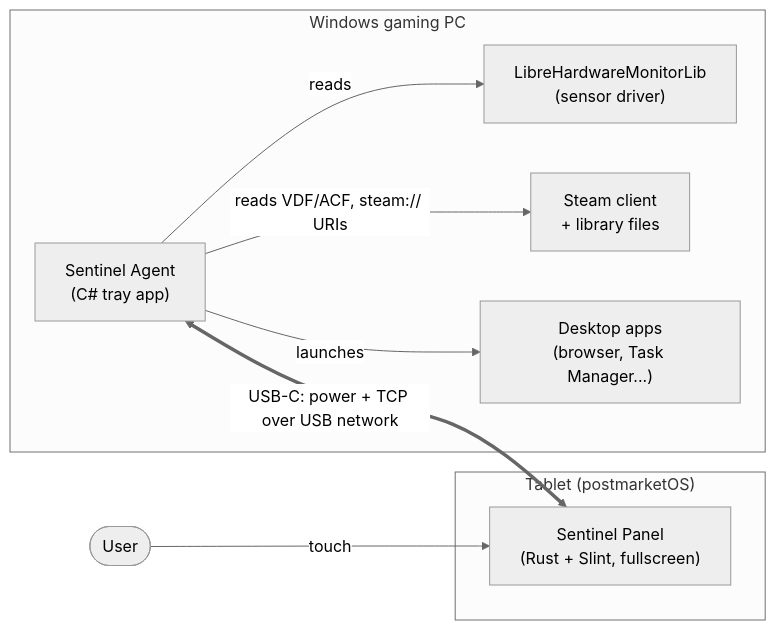
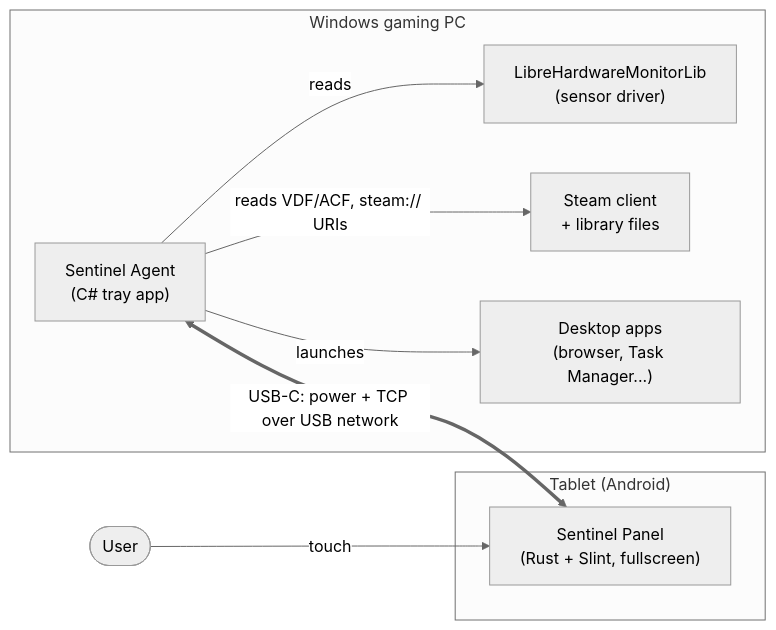
One commit to Decker-Matthew-R/sentinel changed the first of 5 diagrams in documentation/ARCHITECTURE.md. Above: the diagram before and after it, drawn with Mermaid (neutral theme). The commit also changed other lines of this file and 4 other files, not shown here.

````diff
--- a/documentation/ARCHITECTURE.md
+++ b/documentation/ARCHITECTURE.md
@@ -29,21 +29,21 @@
 ```mermaid
 flowchart LR
     user(["User"])
 
     subgraph PC["Windows gaming PC"]
         agent["Sentinel Agent<br/>(C# tray app)"]
         lhm["LibreHardwareMonitorLib<br/>(sensor driver)"]
         steam["Steam client<br/>+ library files"]
         apps["Desktop apps<br/>(browser, Task Manager...)"]
     end
 
-    subgraph TAB["Tablet (postmarketOS)"]
+    subgraph TAB["Tablet (Android)"]
         app["Sentinel Panel<br/>(Rust + Slint, fullscreen)"]
     end
 
     user -- "touch" --> app
     agent -- "reads" --> lhm
     agent -- "reads VDF/ACF, steam:// URIs" --> steam
     agent -- "launches" --> apps
     agent <== "USB-C: power + TCP over USB network" ==> app
 ```
````
